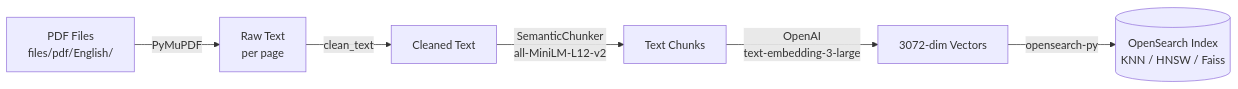
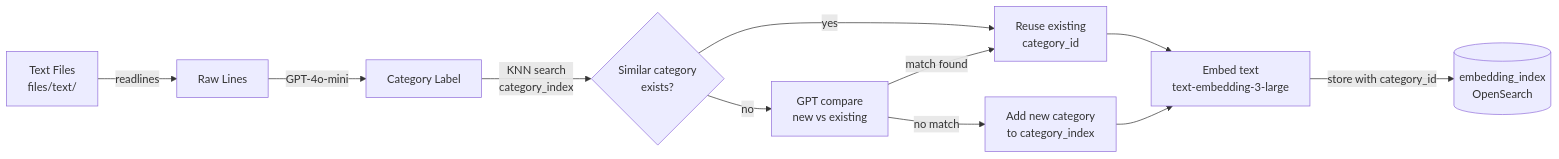
Before and after one commit to janardhanjayanthS/opensearch_sbert_POC: the first of 2 diagrams in README.md, drawn with Mermaid. The commit also changed other lines of this file, not shown here.

````diff
--- a/README.md
+++ b/README.md
@@ -17,8 +17,13 @@
 ```mermaid
 flowchart LR
-    A[PDF Files\nfiles/pdf/English/] -->|PyMuPDF| B[Raw Text\nper page]
-    B -->|clean_text| C[Cleaned Text]
-    C -->|SemanticChunker\nall-MiniLM-L12-v2| D[Text Chunks]
-    D -->|OpenAI\ntext-embedding-3-large| E[3072-dim Vectors]
-    E -->|opensearch-py| F[(OpenSearch Index\nKNN / HNSW / Faiss)]
+    A[Text Files\nfiles/text/] -->|readlines| B[Raw Lines]
+    B -->|GPT-4o-mini| C[Category Label]
+    C -->|KNN search\ncategory_index| D{Similar category\nexists?}
+    D -->|yes| E[Reuse existing\ncategory_id]
+    D -->|no| F[GPT compare\nnew vs existing]
+    F -->|match found| E
+    F -->|no match| G[Add new category\nto category_index]
+    E --> H[Embed text\ntext-embedding-3-large]
+    G --> H
+    H -->|store with category_id| I[(embedding_index\nOpenSearch)]
 ```
````
